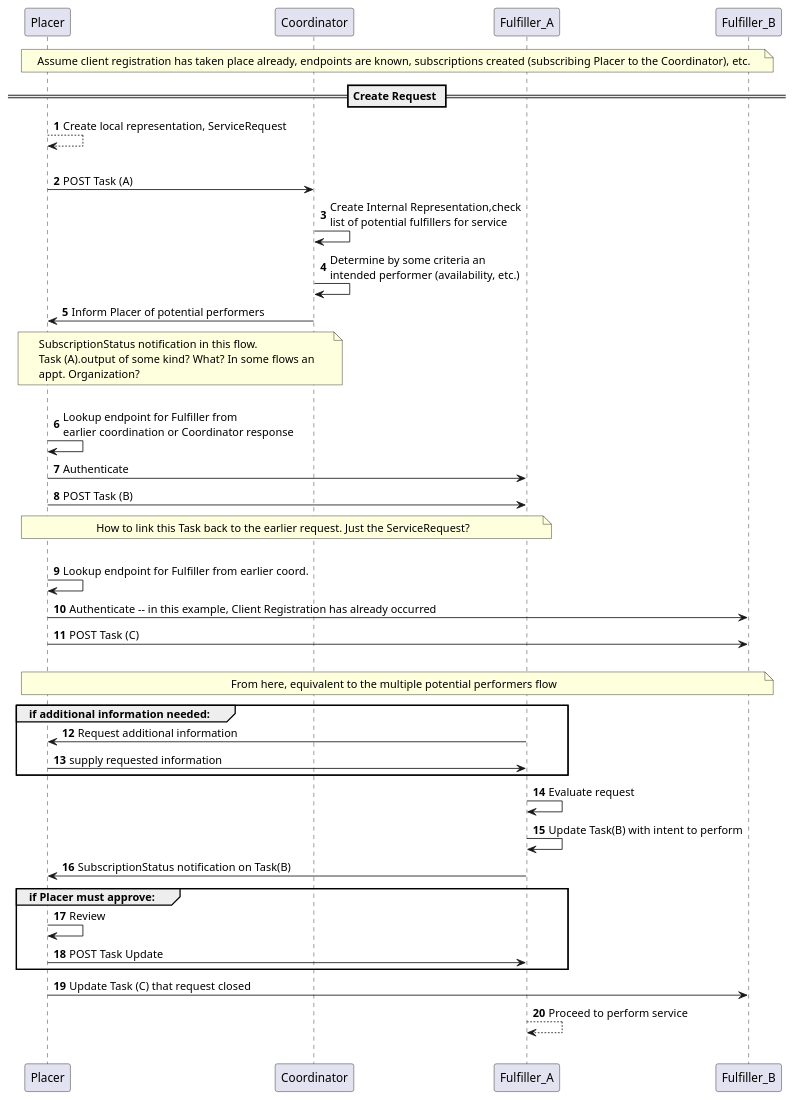
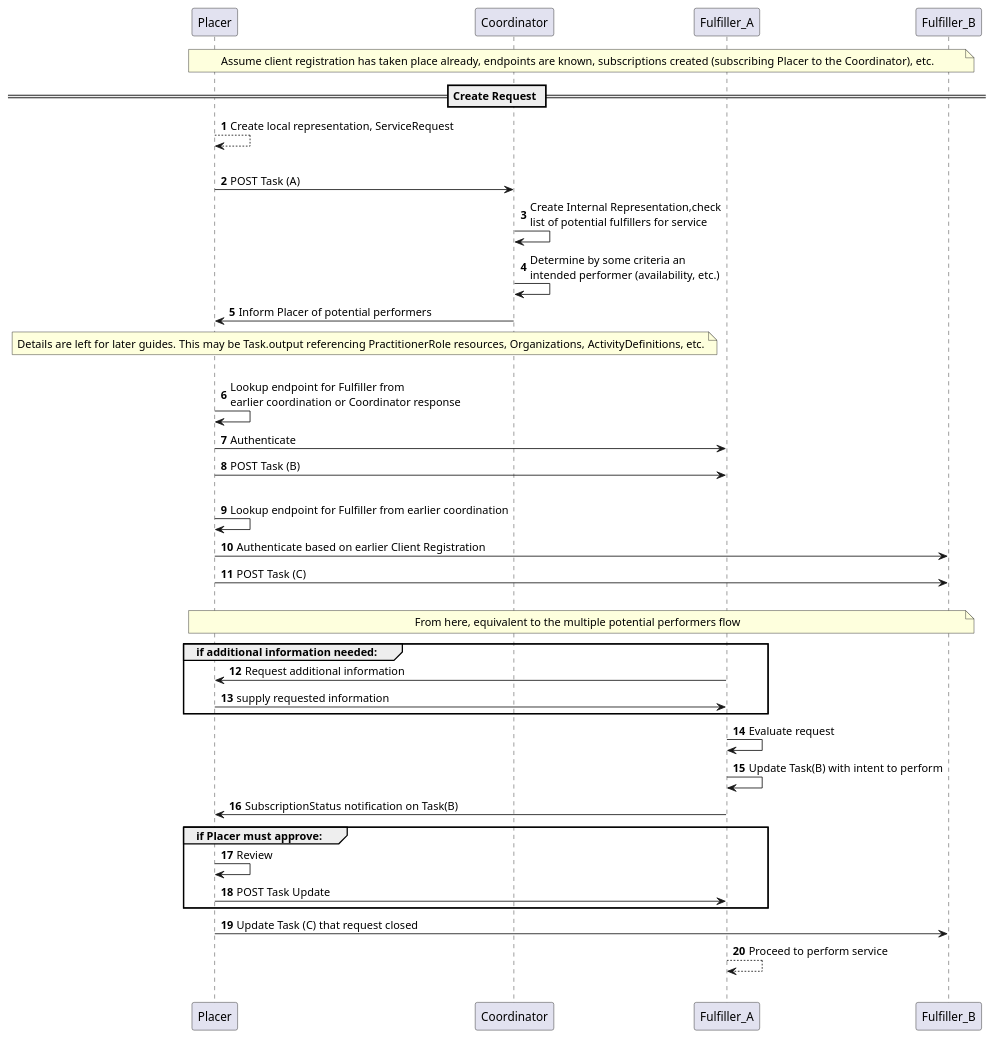
One commit to HL7/fhir-cow-ig changed the diagram in input/images-source/subscriptions-task-at-fulfiller-coordinator-handoff.plantuml. Above: the diagram before and after it, drawn with PlantUML.

Commit message:
Update subscriptions-task-at-fulfiller-coordinator-handoff.plantuml
Removed inline questions.

```diff
--- a/input/images-source/subscriptions-task-at-fulfiller-coordinator-handoff.plantuml
+++ b/input/images-source/subscriptions-task-at-fulfiller-coordinator-handoff.plantuml
@@ -1,65 +1,63 @@
 @startuml
 autonumber
 
 participant Placer order 10
 participant Coordinator order 20
 participant Fulfiller_A order 30 
 participant Fulfiller_B order 40
 
 note over Placer,Fulfiller_B: Assume client registration has taken place already, endpoints are known, subscriptions created (subscribing Placer to the Coordinator), etc. 
 
 == Create Request ==
 
 Placer --> Placer : Create local representation, ServiceRequest
 
 ||20||
 
 Placer -> Coordinator: POST Task (A)
 
 Coordinator -> Coordinator: Create Internal Representation,check\nlist of potential fulfillers for service
 
 Coordinator -> Coordinator: Determine by some criteria an\nintended performer (availability, etc.)
 
 Coordinator -> Placer: Inform Placer of potential performers
-note over Placer, Coordinator: SubscriptionStatus notification in this flow.\nTask (A).output of some kind? What? In some flows an\nappt. Organization?
+note over Placer, Coordinator: Details are left for later guides. This may be Task.output referencing PractitionerRole resources, Organizations, ActivityDefinitions, etc.  
 
 ||20||
 Placer -> Placer: Lookup endpoint for Fulfiller from\nearlier coordination or Coordinator response
 
 Placer -> Fulfiller_A: Authenticate
 
 Placer -> Fulfiller_A: POST Task (B)
-
-note over Placer, Fulfiller_A: How to link this Task back to the earlier request. Just the ServiceRequest? 
 ||20||
-Placer -> Placer: Lookup endpoint for Fulfiller from earlier coord.
-Placer -> Fulfiller_B: Authenticate -- in this example, Client Registration has already occurred
+Placer -> Placer: Lookup endpoint for Fulfiller from earlier coordination
+Placer -> Fulfiller_B: Authenticate based on earlier Client Registration
 
 Placer -> Fulfiller_B: POST Task (C)
 ||20||
 note over Placer, Fulfiller_B: From here, equivalent to the multiple potential performers flow
 
 group if additional information needed:
 
     Fulfiller_A -> Placer: Request additional information
     Placer -> Fulfiller_A: supply requested information
 end
 
 Fulfiller_A -> Fulfiller_A: Evaluate request
 
 Fulfiller_A -> Fulfiller_A: Update Task(B) with intent to perform
 
 Fulfiller_A -> Placer: SubscriptionStatus notification on Task(B)
 
 group if Placer must approve:
 
     Placer -> Placer: Review
     Placer -> Fulfiller_A: POST Task Update
 end
 
 Placer -> Fulfiller_B: Update Task (C) that request closed
 
 Fulfiller_A --> Fulfiller_A: Proceed to perform service
 
 ||20||
 @enduml
```
